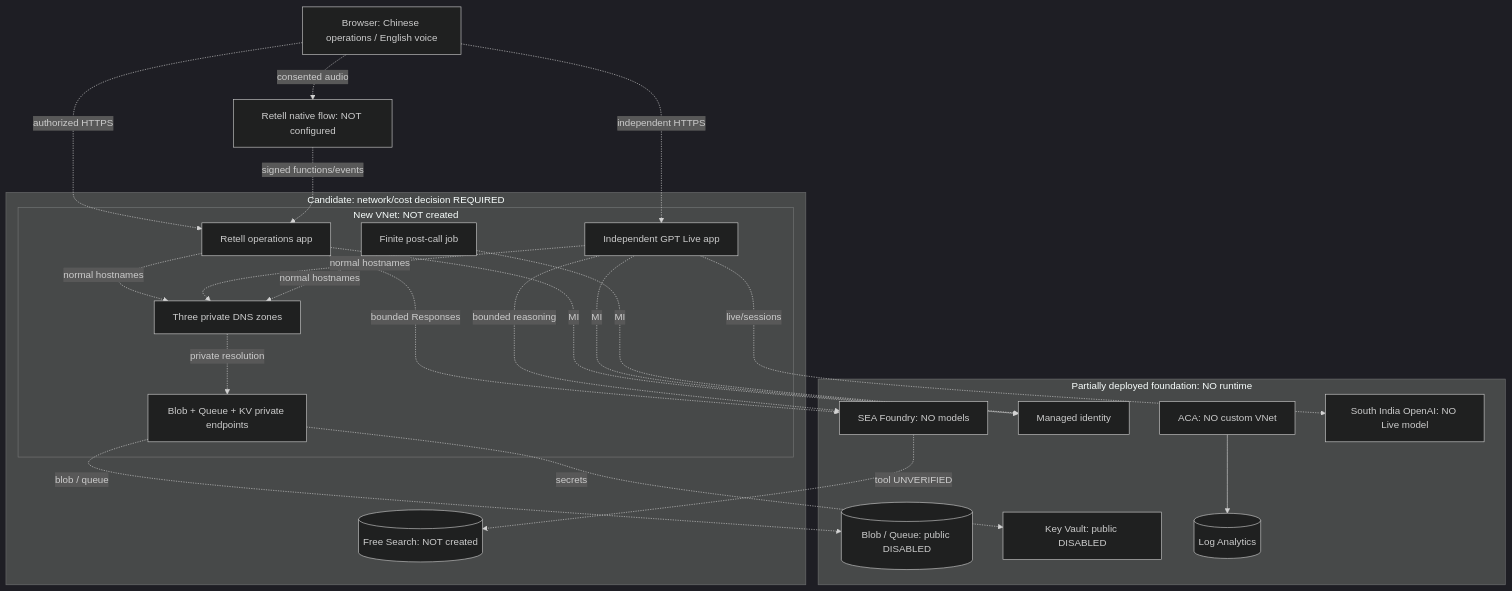
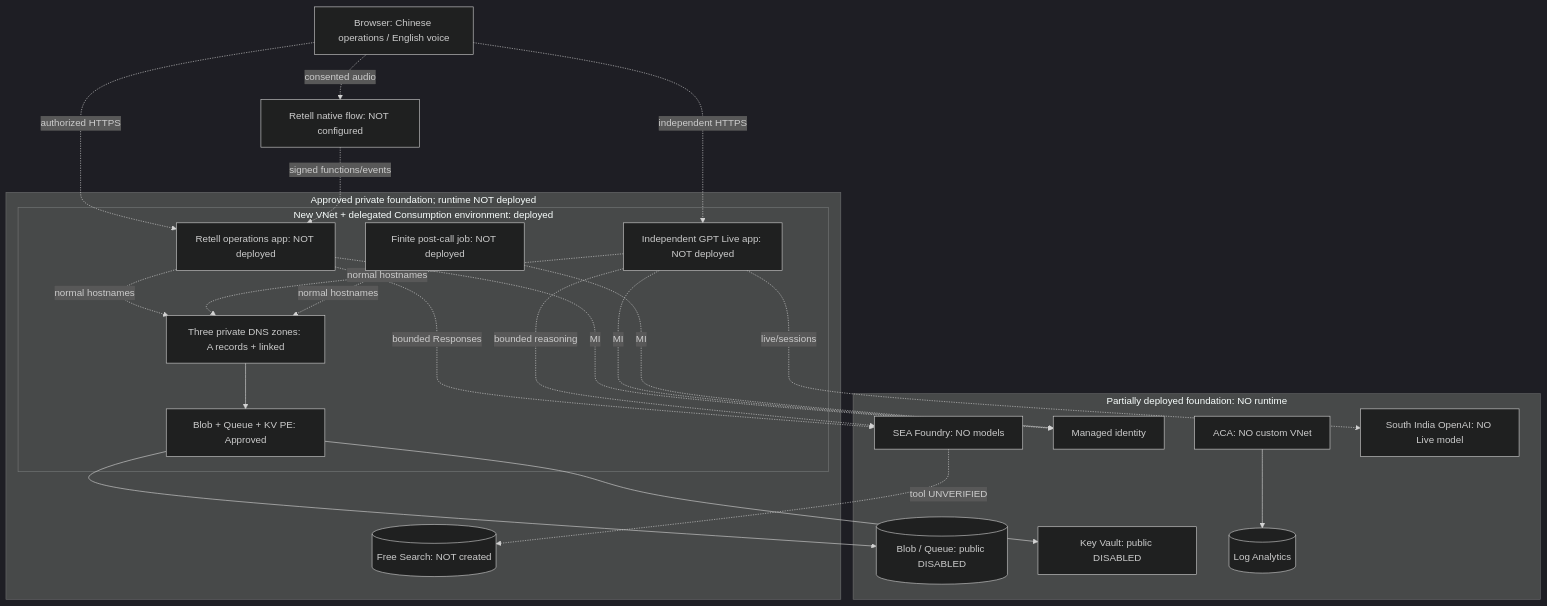
One commit to turbo998/voice-agent-lab changed the diagram in docs/architecture.md. Above: the diagram before and after it, drawn with Mermaid (dark theme). The commit also changed other lines of this file and 8 other files, not shown here.

First line of the commit message:
Deploy approved private foundation and exact logical lab budget

````diff
--- a/docs/architecture.md
+++ b/docs/architecture.md
@@ -9,42 +10,42 @@
 ```mermaid
 flowchart TB
     browser["Browser: Chinese operations / English voice"]
     retell["Retell native flow: NOT configured"]
     subgraph existing["Partially deployed foundation: NO runtime"]
         currentaca["ACA: NO custom VNet"]
         mi["Managed identity"]
         storage[("Blob / Queue: public DISABLED")]
         vault["Key Vault: public DISABLED"]
         foundry["SEA Foundry: NO models"]
         live["South India OpenAI: NO Live model"]
         logs[("Log Analytics")]
     end
-    subgraph candidate["Candidate: network/cost decision REQUIRED"]
-        subgraph vnet["New VNet: NOT created"]
-            ops["Retell operations app"]
-            liveapp["Independent GPT Live app"]
-            worker["Finite post-call job"]
-            pes["Blob + Queue + KV private endpoints"]
-            dns["Three private DNS zones"]
+    subgraph candidate["Approved private foundation; runtime NOT deployed"]
+        subgraph vnet["New VNet + delegated Consumption environment: deployed"]
+            ops["Retell operations app: NOT deployed"]
+            liveapp["Independent GPT Live app: NOT deployed"]
+            worker["Finite post-call job: NOT deployed"]
+            pes["Blob + Queue + KV PE: Approved"]
+            dns["Three private DNS zones: A records + linked"]
         end
         search[("Free Search: NOT created")]
     end
     browser -. authorized HTTPS .-> ops
     browser -. independent HTTPS .-> liveapp
     browser -. consented audio .-> retell
     retell -. signed functions/events .-> ops
     ops -. MI .-> mi
     liveapp -. MI .-> mi
     worker -. MI .-> mi
     ops -. normal hostnames .-> dns
     liveapp -. normal hostnames .-> dns
     worker -. normal hostnames .-> dns
-    dns -. private resolution .-> pes
-    pes -. blob / queue .-> storage
-    pes -. secrets .-> vault
+    dns --> pes
+    pes --> storage
+    pes --> vault
     ops -. bounded Responses .-> foundry
     liveapp -. live/sessions .-> live
     liveapp -. bounded reasoning .-> foundry
     foundry -. tool UNVERIFIED .-> search
     currentaca --> logs
 ```
````
